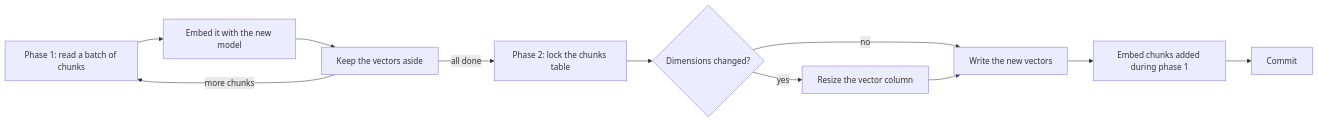
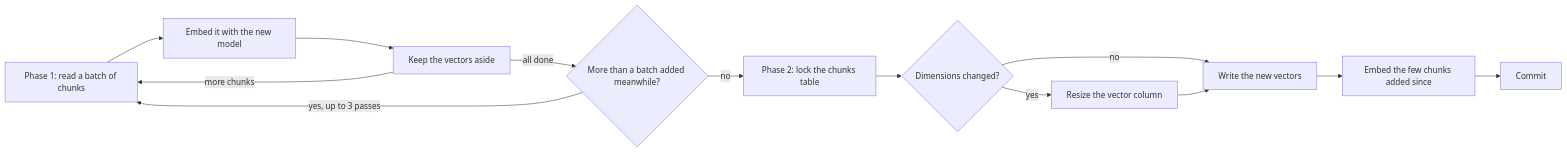
The tenth of 12 diagrams in README.md (boudou/StrataKB), drawn with Mermaid before and after one commit. The commit also changed other lines of this file and 3 other files, not shown here.

````diff
--- a/README.md
+++ b/README.md
@@ -324,13 +324,15 @@
 ```mermaid
 flowchart LR
     A["Phase 1: read a batch of chunks"] --> B["Embed it with the new model"]
     B --> C["Keep the vectors aside"]
     C -->|more chunks| A
-    C -->|all done| D["Phase 2: lock the chunks table"]
+    C -->|all done| N{"More than a batch added meanwhile?"}
+    N -->|"yes, up to 3 passes"| A
+    N -->|no| D["Phase 2: lock the chunks table"]
     D --> E{"Dimensions changed?"}
     E -->|yes| F["Resize the vector column"]
     E -->|no| G["Write the new vectors"]
     F --> G
-    G --> H["Embed chunks added during phase 1"]
+    G --> H["Embed the few chunks added since"]
     H --> I["Commit"]
 ```
````
